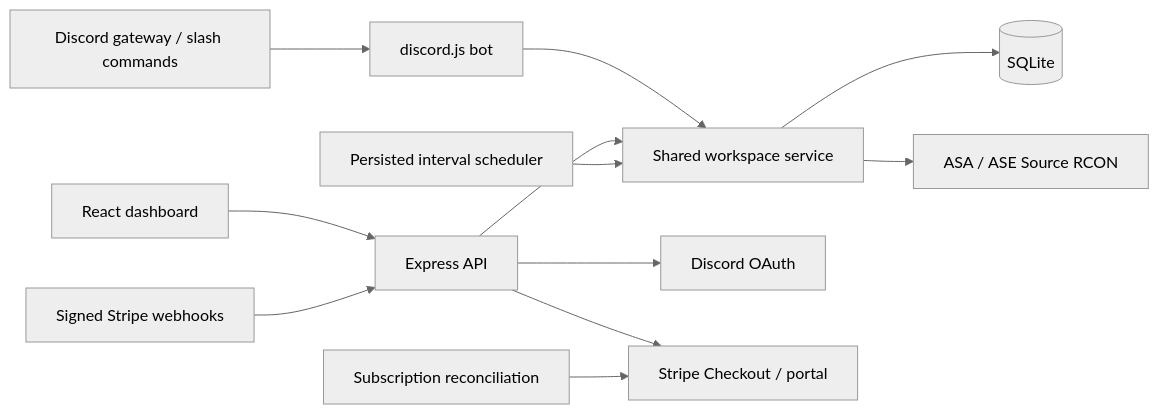
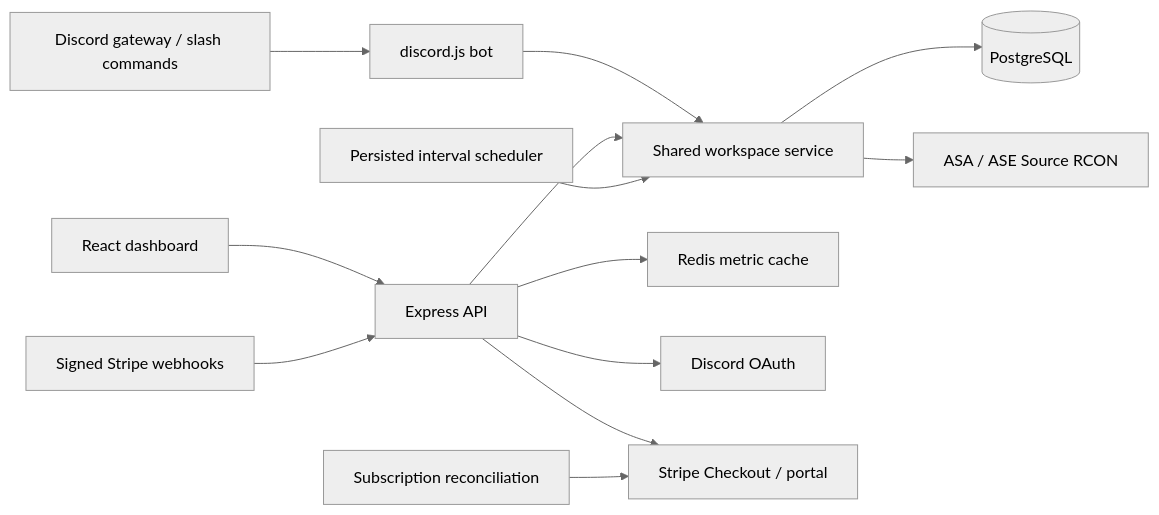
The diagram in docs/ARCHITECTURE.md (RepGraphics/rookrift), drawn with Mermaid (neutral theme) before and after one commit. The commit also changed other lines of this file and 45 other files, not shown here.

````diff
--- a/docs/ARCHITECTURE.md
+++ b/docs/ARCHITECTURE.md
@@ -3,14 +3,15 @@
 ```mermaid
 flowchart LR
   Browser[React dashboard] --> API[Express API]
   Discord[Discord gateway / slash commands] --> Bot[discord.js bot]
   Bot --> Service[Shared workspace service]
   API --> Service
-  Service --> DB[(SQLite)]
+  Service --> DB[(PostgreSQL)]
+  API --> Cache[Redis metric cache]
   Service --> RCON[ASA / ASE Source RCON]
   Scheduler[Persisted interval scheduler] --> Service
   API --> OAuth[Discord OAuth]
   API --> Checkout[Stripe Checkout / portal]
   Stripe[Signed Stripe webhooks] --> API
   Reconcile[Subscription reconciliation] --> Checkout
 ```
````
